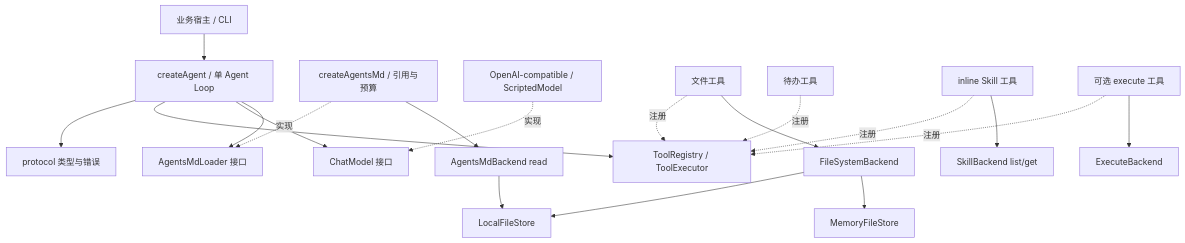
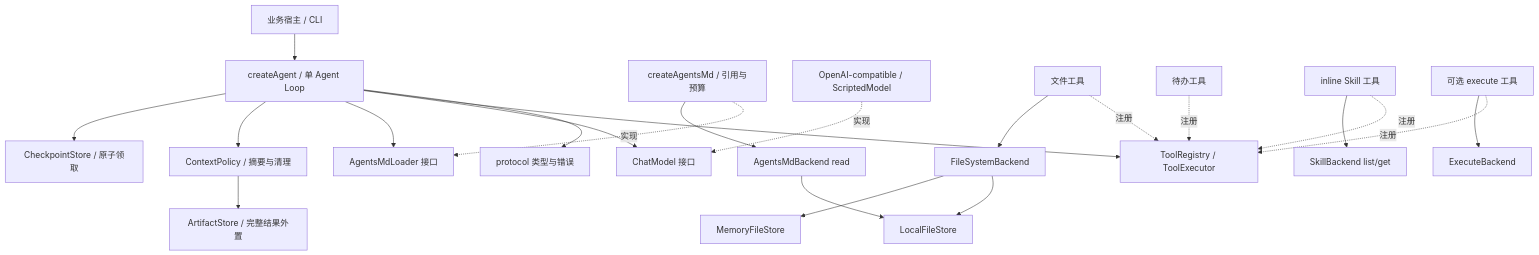
The first of 2 diagrams in docs/architecture.md (cui-hub/enio-node), drawn with Mermaid before and after one commit. The commit also changed other lines of this file and 19 other files, not shown here.

Commit message:
feat: add context reduction, state export and checkpoint resume

````diff
--- a/docs/architecture.md
+++ b/docs/architecture.md
@@ -5,21 +5,24 @@
 ```mermaid
 flowchart TD
   App[业务宿主 / CLI] --> Runtime[createAgent / 单 Agent Loop]
   Runtime --> Protocol[protocol 类型与错误]
   Runtime --> Registry[ToolRegistry / ToolExecutor]
   Runtime --> Model[ChatModel 接口]
   Runtime --> Instructions[AgentsMdLoader 接口]
+  Runtime --> Policies[ContextPolicy / 摘要与清理]
+  Runtime --> Checkpoints[CheckpointStore / 原子领取]
+  Policies --> Artifacts[ArtifactStore / 完整结果外置]
   AgentsMd[createAgentsMd / 引用与预算] -.实现.-> Instructions
   AgentsMd --> InstructionBackend[AgentsMdBackend read]
   InstructionBackend --> Local
   Provider[OpenAI-compatible / ScriptedModel] -.实现.-> Model
   Files[文件工具] -.注册.-> Registry
   Todo[待办工具] -.注册.-> Registry
   Skill[inline Skill 工具] -.注册.-> Registry
   Execute[可选 execute 工具] -.注册.-> Registry
   Files --> FS[FileSystemBackend]
   FS --> Local[LocalFileStore]
   FS --> Memory[MemoryFileStore]
   Skill --> SkillBackend[SkillBackend list/get]
   Execute --> Process[ExecuteBackend]
 ```
````
